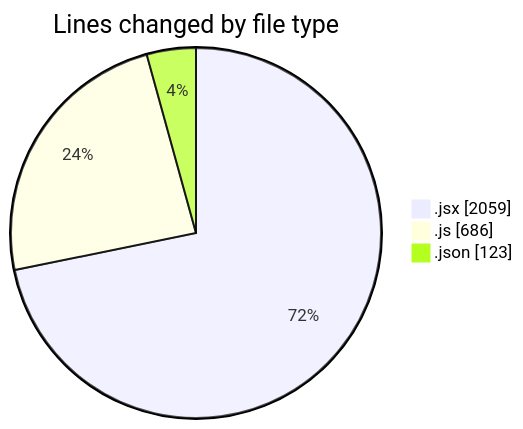
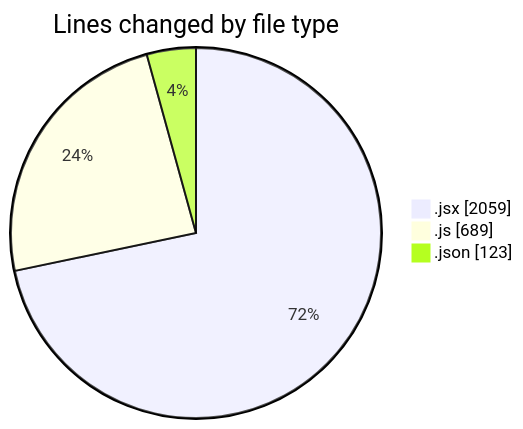
Before and after one commit to nxtqubesakshisongat/code-tracking: the first of 2 diagrams in 2025-12-28/nxtqube_webapp/README.md, drawn with Mermaid. The commit also changed other lines of this file and 1 other file, not shown here.

````diff
--- a/2025-12-28/nxtqube_webapp/README.md
+++ b/2025-12-28/nxtqube_webapp/README.md
@@ -24,7 +24,7 @@
 ```mermaid
 pie showData
 title Lines changed by file type
 ".jsx" : 2059
-".js" : 686
+".js" : 689
 ".json" : 123
 ```
````
